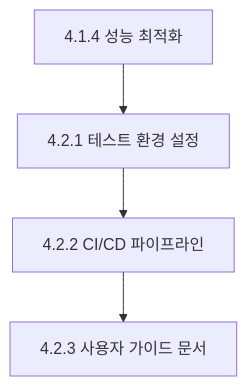
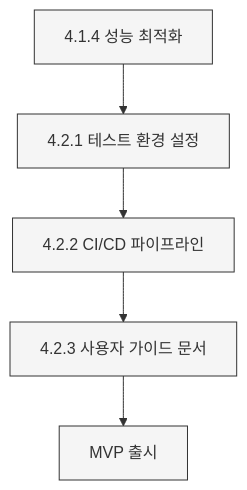
The ninth of 10 diagrams in ROADMAP.md (Seungwoo321/etorch-docs), drawn with Mermaid before and after one commit. The commit also changed other lines of this file, not shown here.

````diff
--- a/ROADMAP.md
+++ b/ROADMAP.md
@@ -556,6 +620,13 @@
 ```mermaid
 flowchart TD
     A[4.1.4 성능 최적화] --> B[4.2.1 테스트 환경 설정]
     B --> C[4.2.2 CI/CD 파이프라인]
     C --> D[4.2.3 사용자 가이드 문서]
+    D --> E[MVP 출시]
+    
+    style A fill:#f5f5f5,stroke:#333,stroke-width:1px
+    style B fill:#f5f5f5,stroke:#333,stroke-width:1px
+    style C fill:#f5f5f5,stroke:#333,stroke-width:1px
+    style D fill:#f5f5f5,stroke:#333,stroke-width:1px
+    style E fill:#f5f5f5,stroke:#333,stroke-width:1px
 ```
````
